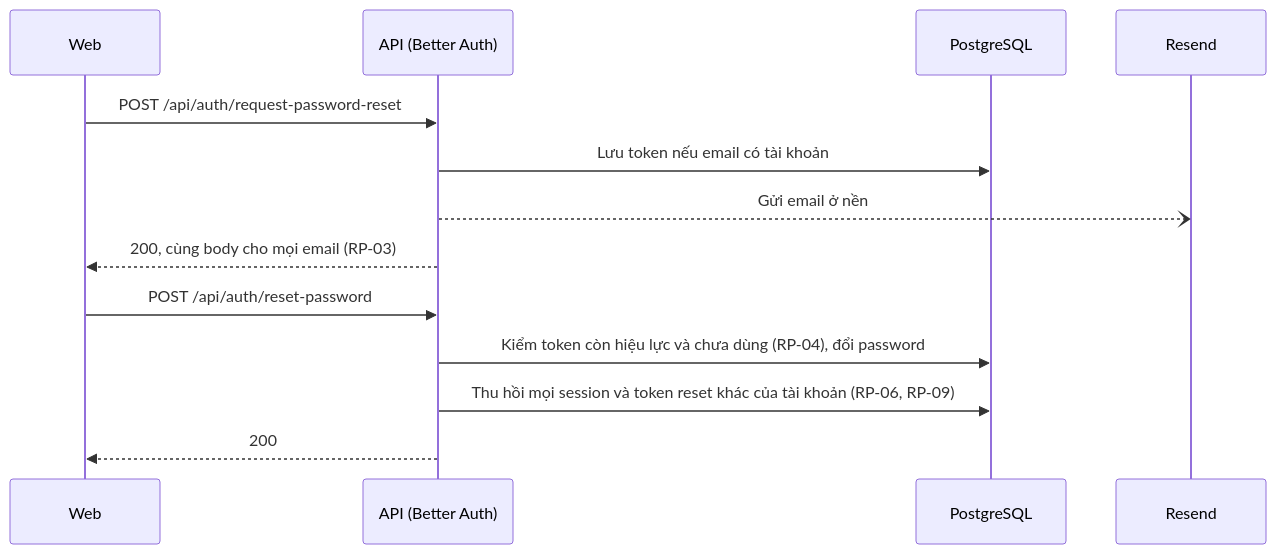
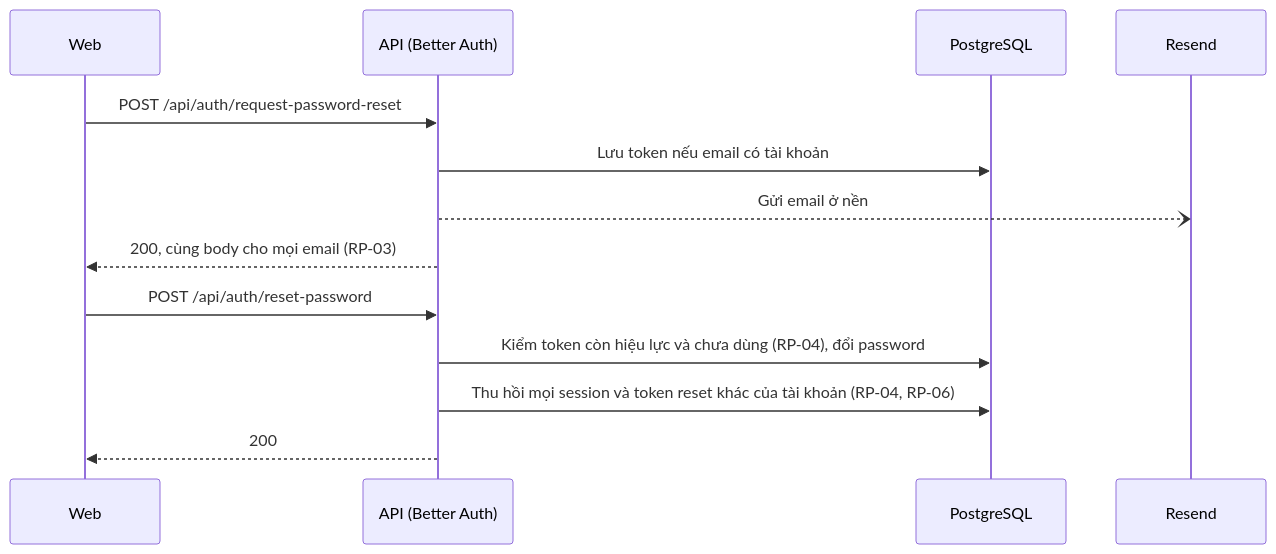
One commit to BuhDuy256/crypto-force changed the third of 3 diagrams in docs/architecture/23-security.md. Above: the diagram before and after it, drawn with Mermaid. The commit also changed other lines of this file and 33 other files, not shown here.

First line of the commit message:
﻿docs: rebuild architecture docs around reader questions

````diff
--- a/docs/architecture/23-security.md
+++ b/docs/architecture/23-security.md
@@ -62,15 +78,15 @@
 ```mermaid
 sequenceDiagram
     participant W as Web
     participant A as API (Better Auth)
     participant D as PostgreSQL
     participant R as Resend
     W->>A: POST /api/auth/request-password-reset
     A->>D: Lưu token nếu email có tài khoản
     A--)R: Gửi email ở nền
     A-->>W: 200, cùng body cho mọi email (RP-03)
     W->>A: POST /api/auth/reset-password
     A->>D: Kiểm token còn hiệu lực và chưa dùng (RP-04), đổi password
-    A->>D: Thu hồi mọi session và token reset khác của tài khoản (RP-06, RP-09)
+    A->>D: Thu hồi mọi session và token reset khác của tài khoản (RP-04, RP-06)
     A-->>W: 200
 ```
````
